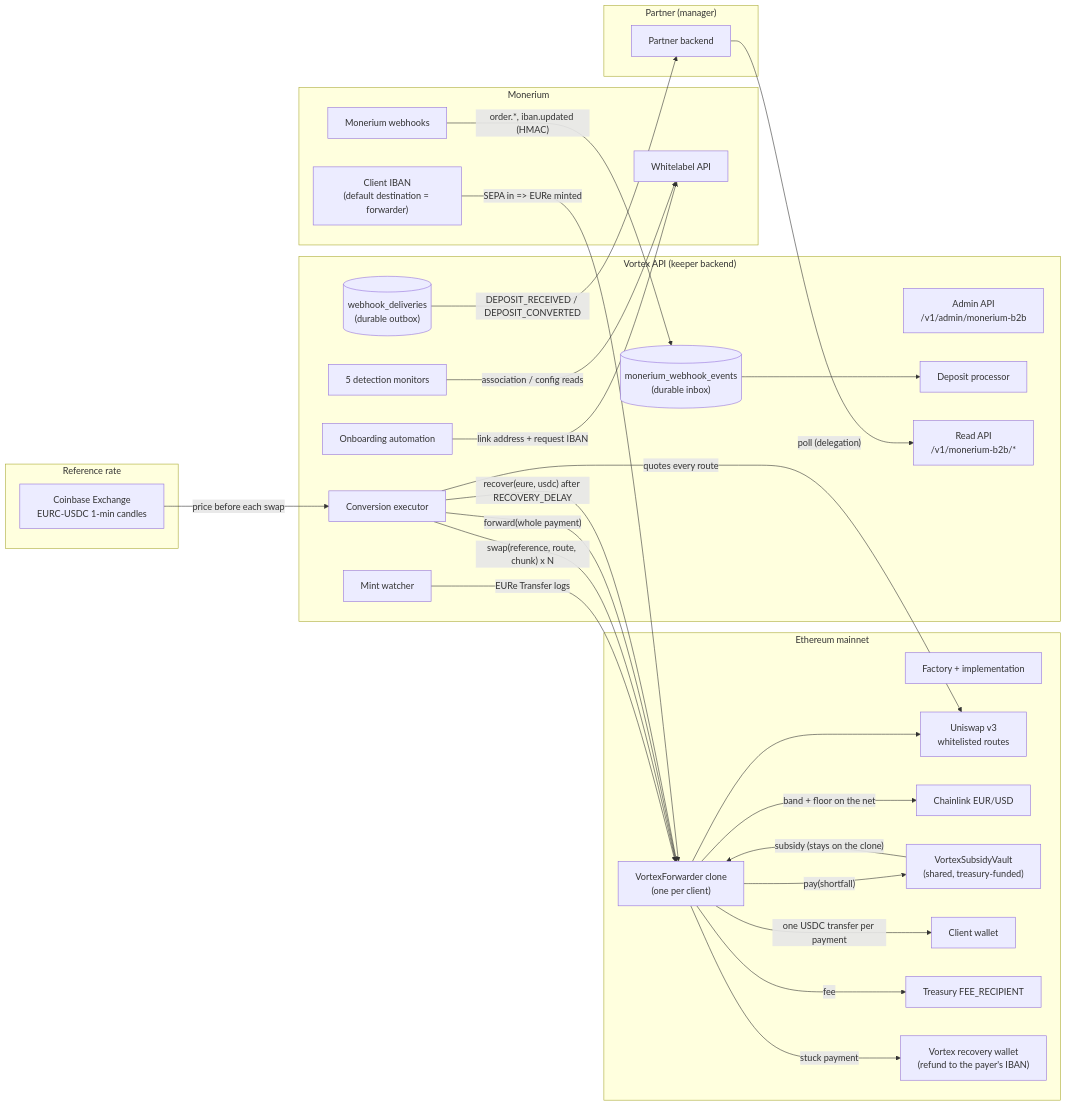
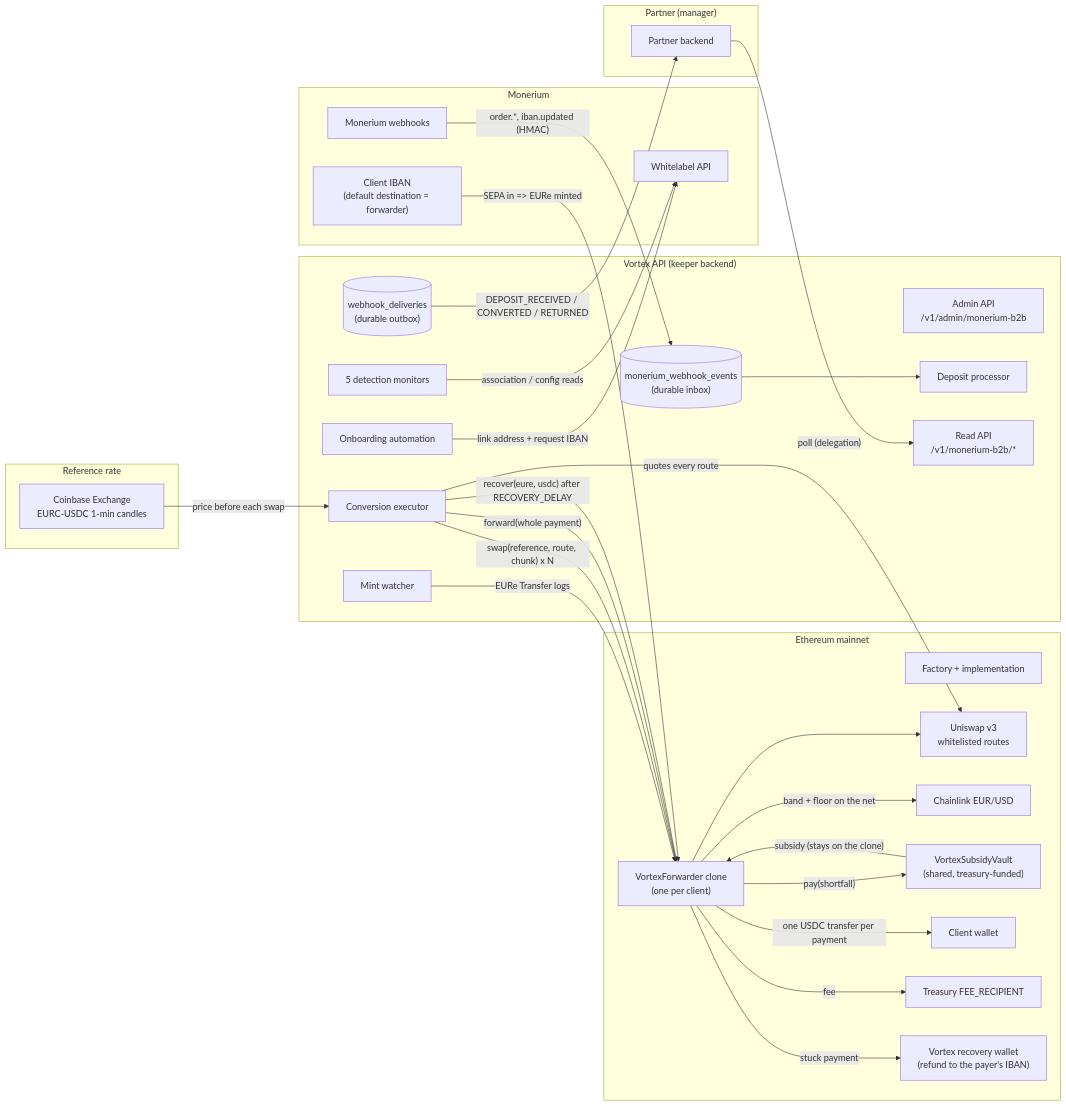
The first of 8 diagrams in docs/architecture-monerium-b2b-onramp.md (pendulum-chain/vortex), drawn with Mermaid before and after one commit. The commit also changed other lines of this file and 3 other files, not shown here.

Commit message:
docs(repo): describe the DEPOSIT_RETURNED event in the ADR, spec and architecture

````diff
--- a/docs/architecture-monerium-b2b-onramp.md
+++ b/docs/architecture-monerium-b2b-onramp.md
@@ -41,60 +41,60 @@
 ```mermaid
 flowchart LR
     subgraph Partner["Partner (manager)"]
         PAPI[Partner backend]
     end
 
     subgraph Monerium
         IBAN["Client IBAN\n(default destination = forwarder)"]
         MAPI[Whitelabel API]
         MWH[Monerium webhooks]
     end
 
     subgraph Chain["Ethereum mainnet"]
         FWD["VortexForwarder clone\n(one per client)"]
         FACT[Factory + implementation]
         UNI[Uniswap v3\nwhitelisted routes]
         LINK[Chainlink EUR/USD]
         VAULT["VortexSubsidyVault\n(shared, treasury-funded)"]
         DEST[Client wallet]
         TREAS[Treasury FEE_RECIPIENT]
         RECOV["Vortex recovery wallet\n(refund to the payer's IBAN)"]
     end
 
     subgraph Reference["Reference rate"]
         CB[Coinbase Exchange\nEURC-USDC 1-min candles]
     end
 
     subgraph Vortex["Vortex API (keeper backend)"]
         ADM["Admin API\n/v1/admin/monerium-b2b"]
         INBOX[("monerium_webhook_events\n(durable inbox)")]
         DP[Deposit processor]
         MW[Mint watcher]
         CE[Conversion executor]
         ONB[Onboarding automation]
         MONI[5 detection monitors]
         OUTBOX[("webhook_deliveries\n(durable outbox)")]
         READ["Read API\n/v1/monerium-b2b/*"]
     end
 
     IBAN -- "SEPA in => EURe minted" --> FWD
     MWH -- "order.*, iban.updated (HMAC)" --> INBOX
     INBOX --> DP
     MW -- "EURe Transfer logs" --> FWD
     CB -- "price before each swap" --> CE
     CE -- "quotes every route" --> UNI
     CE -- "swap(reference, route, chunk) x N" --> FWD
     CE -- "forward(whole payment)" --> FWD
     CE -- "recover(eure, usdc) after RECOVERY_DELAY" --> FWD
     FWD --> UNI
     FWD -- "band + floor on the net" --> LINK
     FWD -- "one USDC transfer per payment" --> DEST
     FWD -- fee --> TREAS
     FWD -- "pay(shortfall)" --> VAULT
     VAULT -- "subsidy (stays on the clone)" --> FWD
     FWD -- "stuck payment" --> RECOV
     ONB -- "link address + request IBAN" --> MAPI
     MONI -- "association / config reads" --> MAPI
-    OUTBOX -- "DEPOSIT_RECEIVED / DEPOSIT_CONVERTED" --> PAPI
+    OUTBOX -- "DEPOSIT_RECEIVED / CONVERTED / RETURNED" --> PAPI
     PAPI -- "poll (delegation)" --> READ
 ```
````
